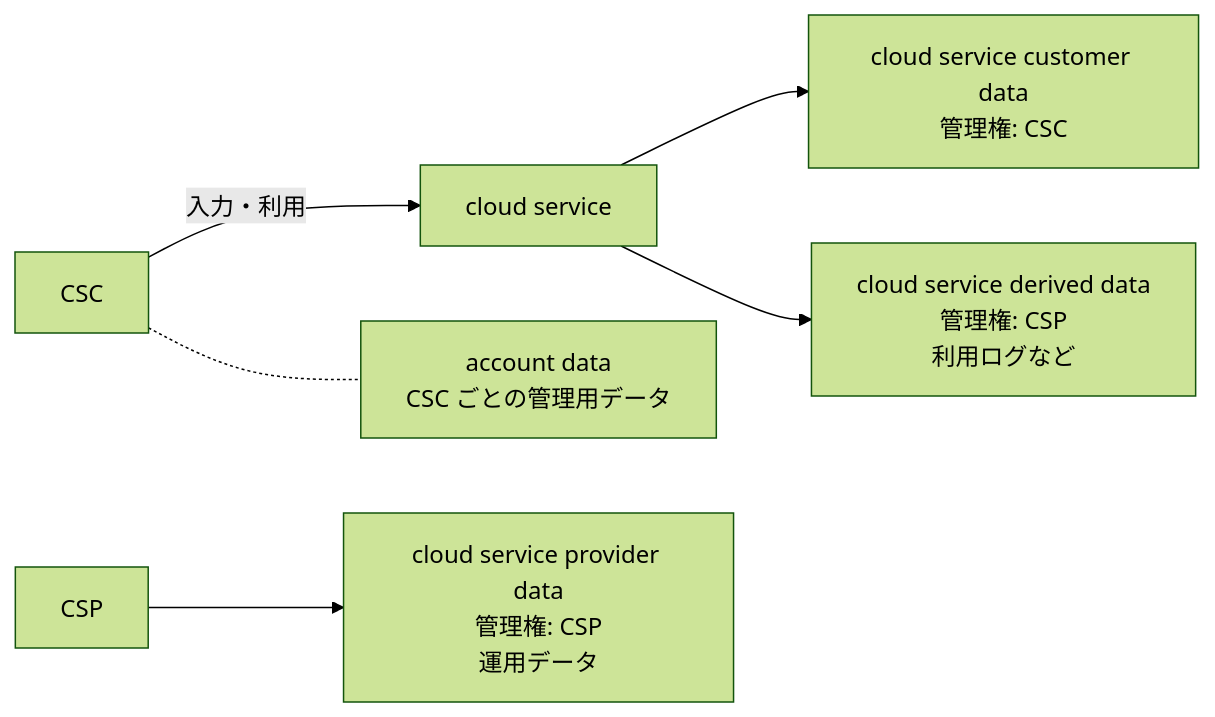
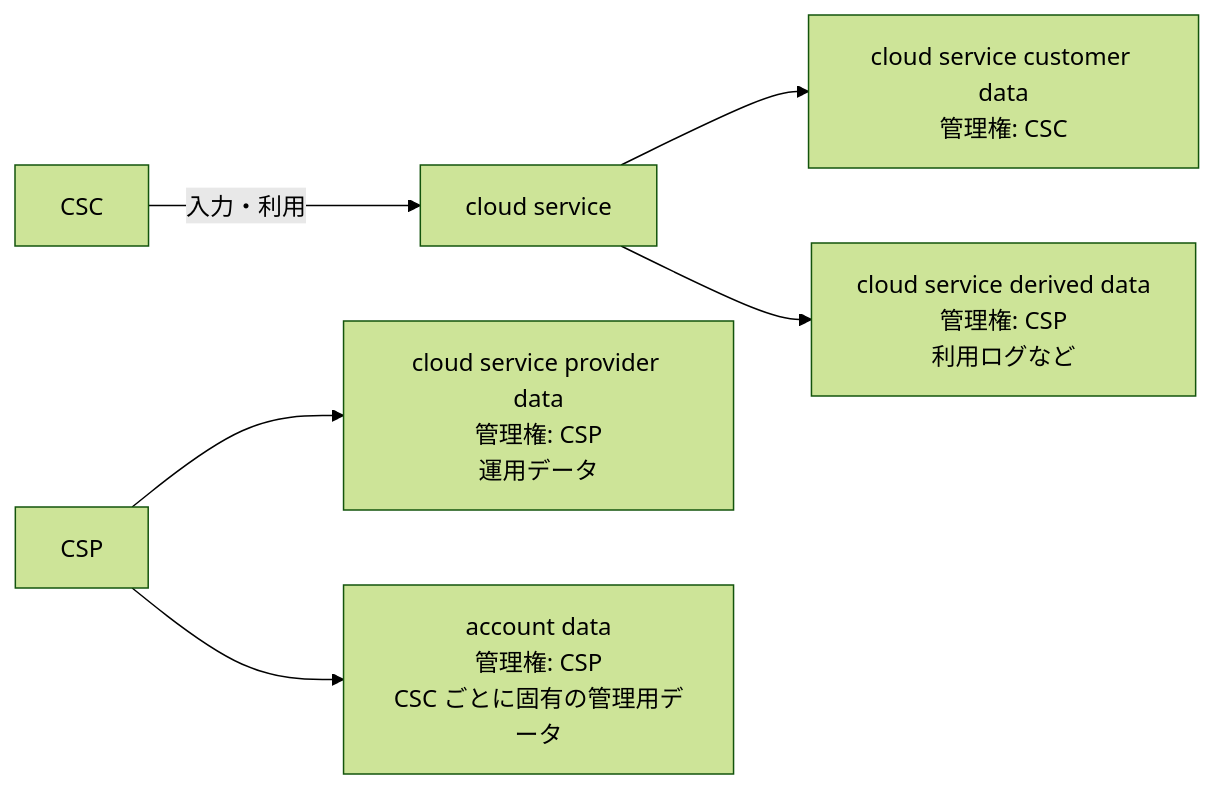
Diagram 13 of 15 in Iso-iec-22123-1-2023-guide.md (myoshi2891/Cloud-Infrastructure-and-Network-Studies), drawn with Mermaid (forest theme) before and after one commit. The commit also changed other lines of this file and 5 other files, not shown here.

````diff
--- a/Iso-iec-22123-1-2023-guide.md
+++ b/Iso-iec-22123-1-2023-guide.md
@@ -581,8 +581,8 @@
 ```mermaid
 flowchart LR
     CSC["CSC"] -->|"入力・利用"| SVC["cloud service"]
     SVC --> D1["cloud service customer data<br/>管理権: CSC"]
     SVC --> D2["cloud service derived data<br/>管理権: CSP<br/>利用ログなど"]
     CSP["CSP"] --> D3["cloud service provider data<br/>管理権: CSP<br/>運用データ"]
-    CSC -.- D4["account data<br/>CSC ごとの管理用データ"]
+    CSP --> D4["account data<br/>管理権: CSP<br/>CSC ごとに固有の管理用データ"]
 ```
````
